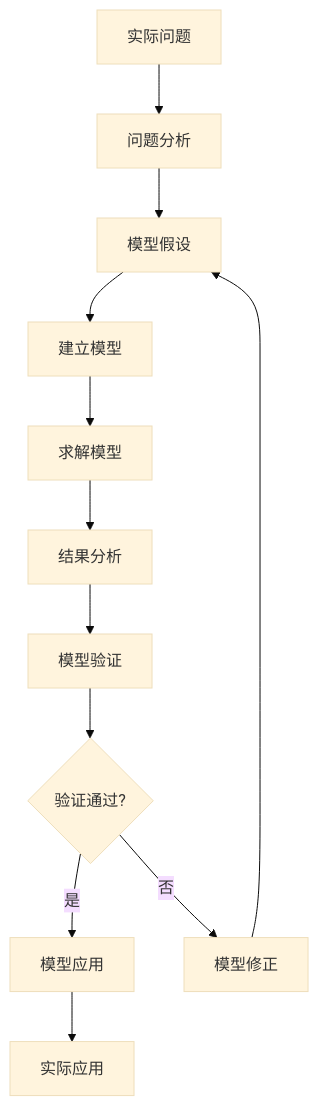
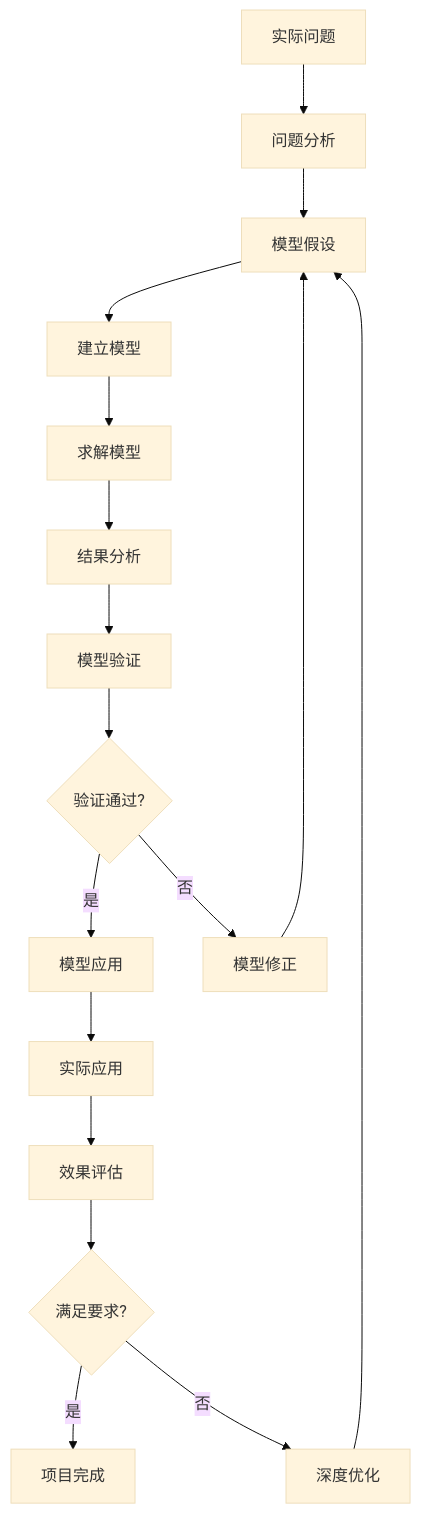
The diagram in src/chapter01/modeling-process.md (CaoZhiGordon/Mathematical-Modeling-Guide), drawn with Mermaid (base theme) before and after one commit. The commit also changed other lines of this file and 166 other files, not shown here.

````diff
--- a/src/chapter01/modeling-process.md
+++ b/src/chapter01/modeling-process.md
@@ -7,14 +29,19 @@
 ```mermaid
 graph TD
     A[实际问题] --> B[问题分析]
     B --> C[模型假设]
     C --> D[建立模型]
     D --> E[求解模型]
     E --> F[结果分析]
     F --> G[模型验证]
     G --> H{验证通过?}
     H -->|是| I[模型应用]
     H -->|否| J[模型修正]
     J --> C
     I --> K[实际应用]
+    K --> L[效果评估]
+    L --> M{满足要求?}
+    M -->|是| N[项目完成]
+    M -->|否| O[深度优化]
+    O --> C
 ```
````
